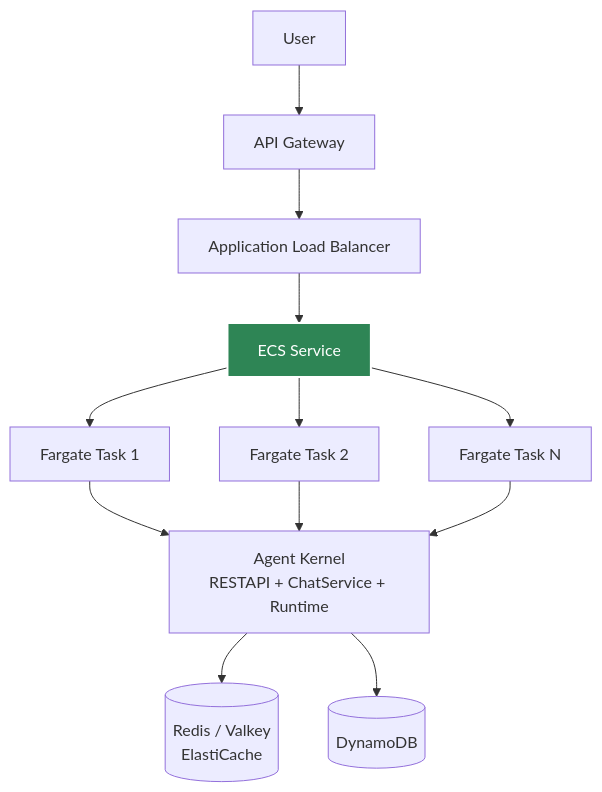
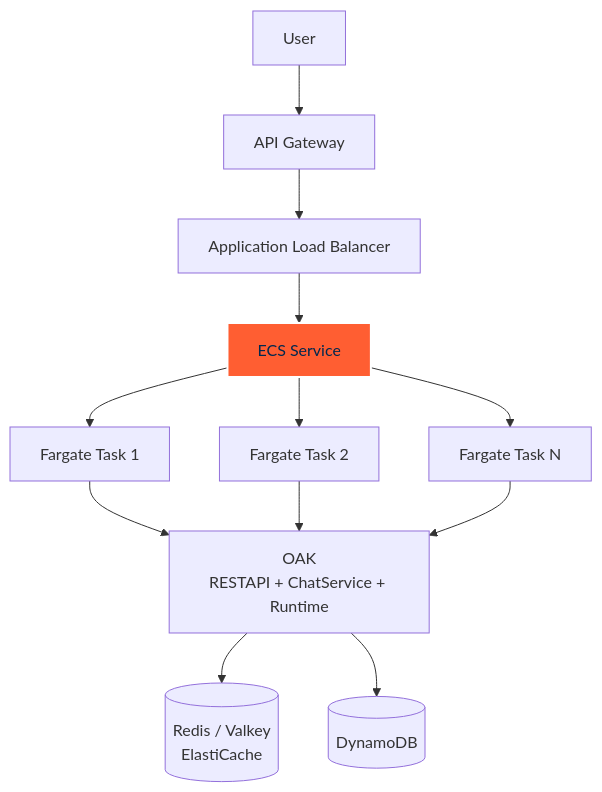
The first of 5 diagrams in docs/docs/deployment/aws-containerized.md (yaalalabs/agent-kernel), drawn with Mermaid before and after one commit. The commit also changed other lines of this file and 444 other files, not shown here.

````diff
--- a/docs/docs/deployment/aws-containerized.md
+++ b/docs/docs/deployment/aws-containerized.md
@@ -25,18 +25,18 @@
 ```mermaid
 graph TB
     A[User] --> B[API Gateway]
     B --> LB[Application Load Balancer]
     LB --> C[ECS Service]
     C --> D[Fargate Task 1]
     C --> E[Fargate Task 2]
     C --> F[Fargate Task N]
 
-    D --> G["Agent Kernel<br/>RESTAPI + ChatService + Runtime"]
+    D --> G["OAK<br/>RESTAPI + ChatService + Runtime"]
     E --> G
     F --> G
 
     G --> H[(Redis / Valkey<br/>ElastiCache)]
     G --> I[(DynamoDB)]
 
-    style C fill:#2e8555,stroke:#fff,stroke-width:2px,color:#fff
+    style C fill:#FF5E32,stroke:#fff,stroke-width:2px,color:#02284F
 ```
````
